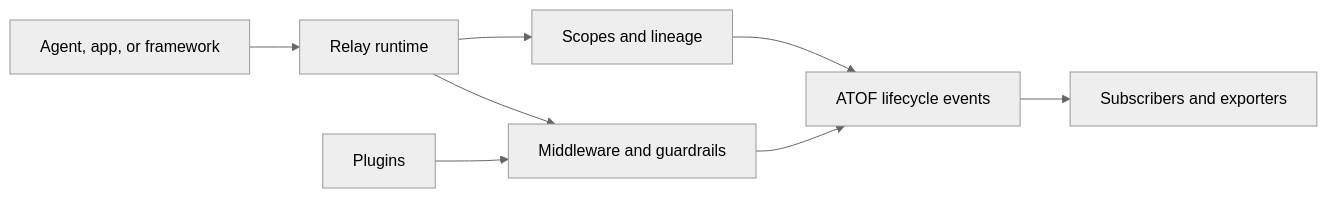
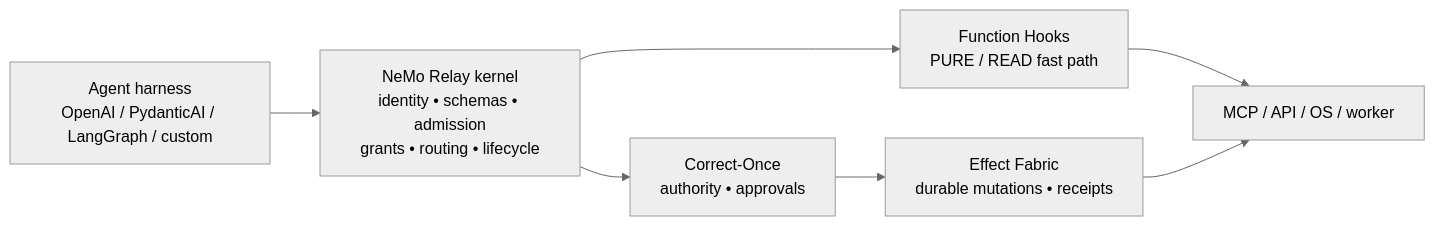
The diagram in README.md (dawsonblock/NEMO), drawn with Mermaid (neutral theme) before and after one commit. The commit also changed other lines of this file, not shown here.

Commit message:
docs: modernize kernel README

````diff
--- a/README.md
+++ b/README.md
@@ -43,18 +32,16 @@
 ```mermaid
 flowchart LR
-    A[Agent, app, or framework]
-    R[Relay runtime]
-    S[Scopes and lineage]
-    M[Middleware and guardrails]
-    P[Plugins]
-    E[ATOF lifecycle events]
-    O[Subscribers and exporters]
+    A[Agent harness\nOpenAI / PydanticAI / LangGraph / custom]
+    N[NeMo Relay kernel\nidentity • schemas • admission\ngrants • routing • lifecycle]
+    F[Function Hooks\nPURE / READ fast path]
+    C[Correct-Once\nauthority • approvals]
+    E[Effect Fabric\ndurable mutations • receipts]
+    X[MCP / API / OS / worker]
 
-    A --> R
-    R --> S
-    R --> M
-    P --> M
-    S --> E
-    M --> E
-    E --> O
+    A --> N
+    N --> F
+    N --> C
+    C --> E
+    F --> X
+    E --> X
 ```
````
